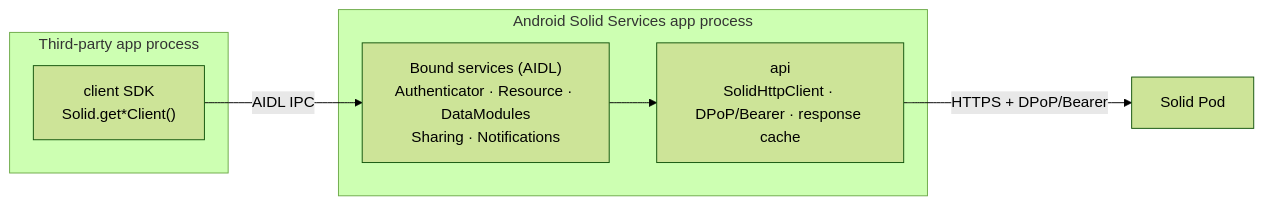
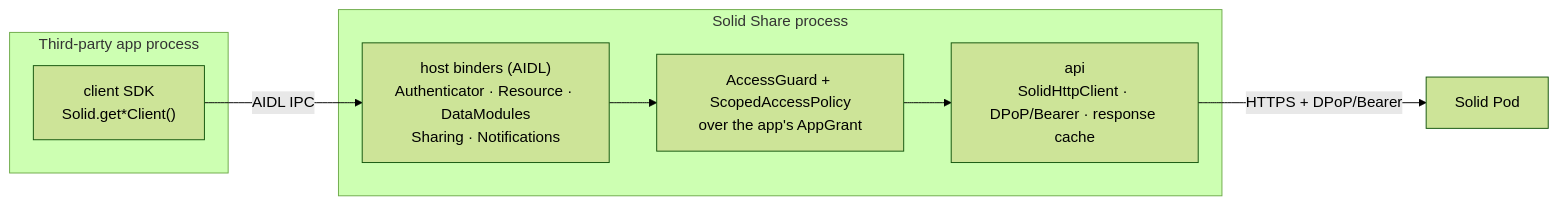
The second of 2 diagrams in docs/project/architecture.md (erfangholami/Android-Solid-Services), drawn with Mermaid (forest theme) before and after one commit. The commit also changed other lines of this file and 29 other files, not shown here.

Commit message:
Rewrite the documentation for Solid Share as the host, and document app access and hosting

````diff
--- a/docs/project/architecture.md
+++ b/docs/project/architecture.md
@@ -91,15 +108,17 @@
 ```mermaid
 graph LR
     subgraph "Third-party app process"
         C["client SDK<br/>Solid.get*Client()"]
     end
-    subgraph "Android Solid Services app process"
-        SVC["Bound services (AIDL)<br/>Authenticator · Resource · DataModules<br/>Sharing · Notifications"]
+    subgraph "Solid Share process"
+        SVC["host binders (AIDL)<br/>Authenticator · Resource · DataModules<br/>Sharing · Notifications"]
+        GUARD["AccessGuard + ScopedAccessPolicy<br/>over the app's AppGrant"]
         API["api<br/>SolidHttpClient · DPoP/Bearer · response cache"]
-        SVC --> API
+        SVC --> GUARD
+        GUARD --> API
     end
     POD["Solid Pod"]
 
     C -- "AIDL IPC" --> SVC
     API -- "HTTPS + DPoP/Bearer" --> POD
 ```
````
